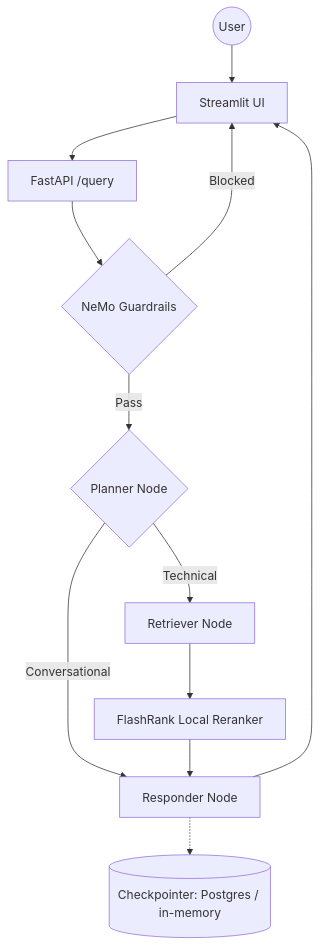
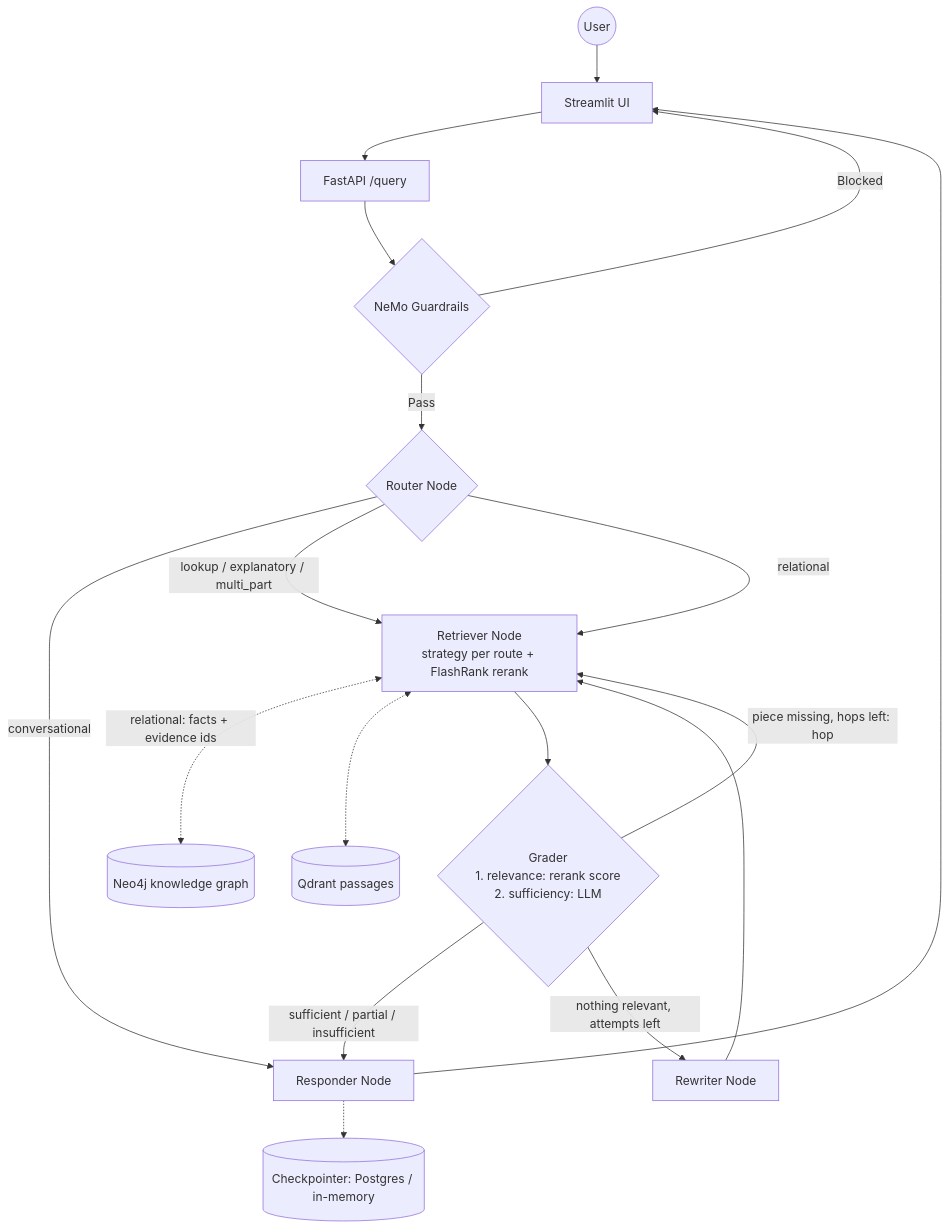
The diagram in README.md (namitjain123/ATO-Chat-Assistant), drawn with Mermaid before and after one commit. The commit also changed other lines of this file and 42 other files, not shown here.

````diff
--- a/README.md
+++ b/README.md
@@ -27,14 +31,20 @@
 ```mermaid
 graph TD
     User((User)) --> UI[Streamlit UI]
     UI --> API[FastAPI /query]
     API --> Guard{NeMo Guardrails}
     Guard -->|Blocked| UI
-    Guard -->|Pass| Planner{Planner Node}
-    Planner -->|Conversational| Responder[Responder Node]
-    Planner -->|Technical| Retriever[Retriever Node]
-    Retriever --> Reranker[FlashRank Local Reranker]
-    Reranker --> Responder
+    Guard -->|Pass| Router{Router Node}
+    Router -->|conversational| Responder[Responder Node]
+    Router -->|lookup / explanatory / multi_part| Retriever[Retriever Node<br/>strategy per route + FlashRank rerank]
+    Router -->|relational| Retriever
+    Retriever <-.->|relational: facts + evidence ids| Graph[(Neo4j knowledge graph)]
+    Retriever <-.-> Qdrant[(Qdrant passages)]
+    Retriever --> Grader{Grader<br/>1. relevance: rerank score<br/>2. sufficiency: LLM}
+    Grader -->|sufficient / partial / insufficient| Responder
+    Grader -->|nothing relevant, attempts left| Rewriter[Rewriter Node]
+    Rewriter --> Retriever
+    Grader -->|piece missing, hops left: hop| Retriever
     Responder --> UI
     Responder -.-> Memory[(Checkpointer: Postgres / in-memory)]
 ```
````
